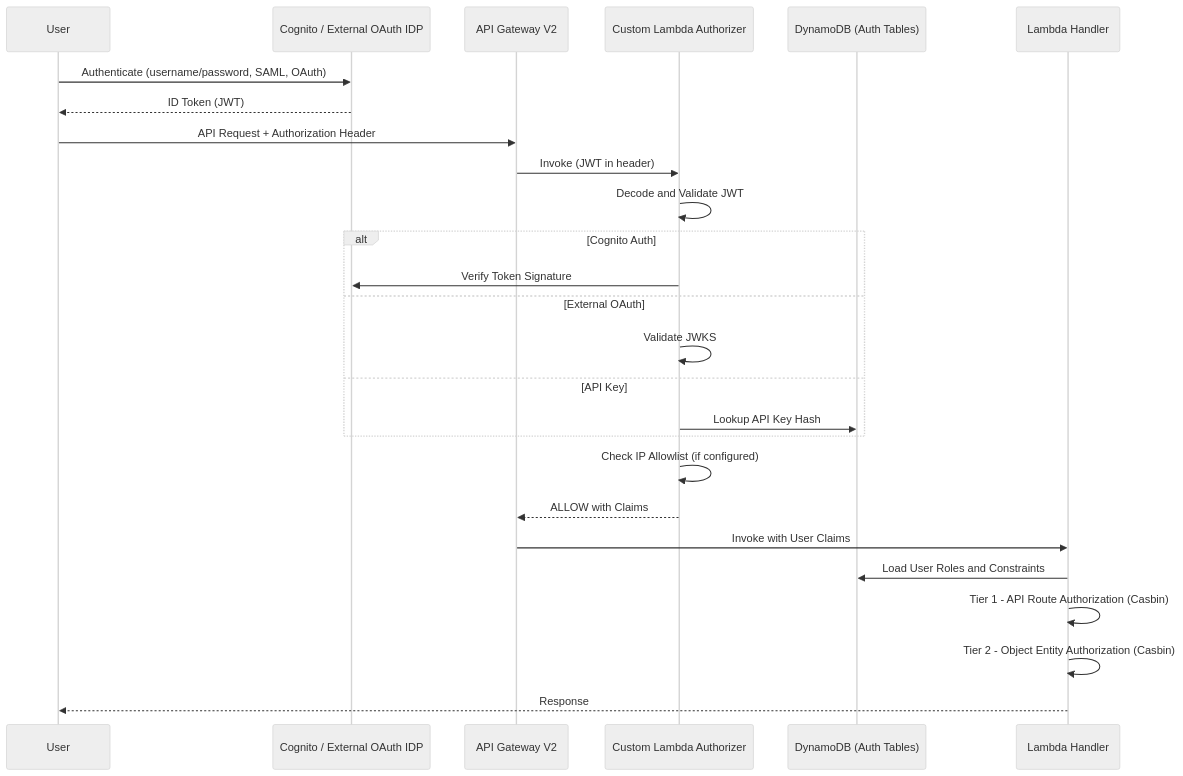
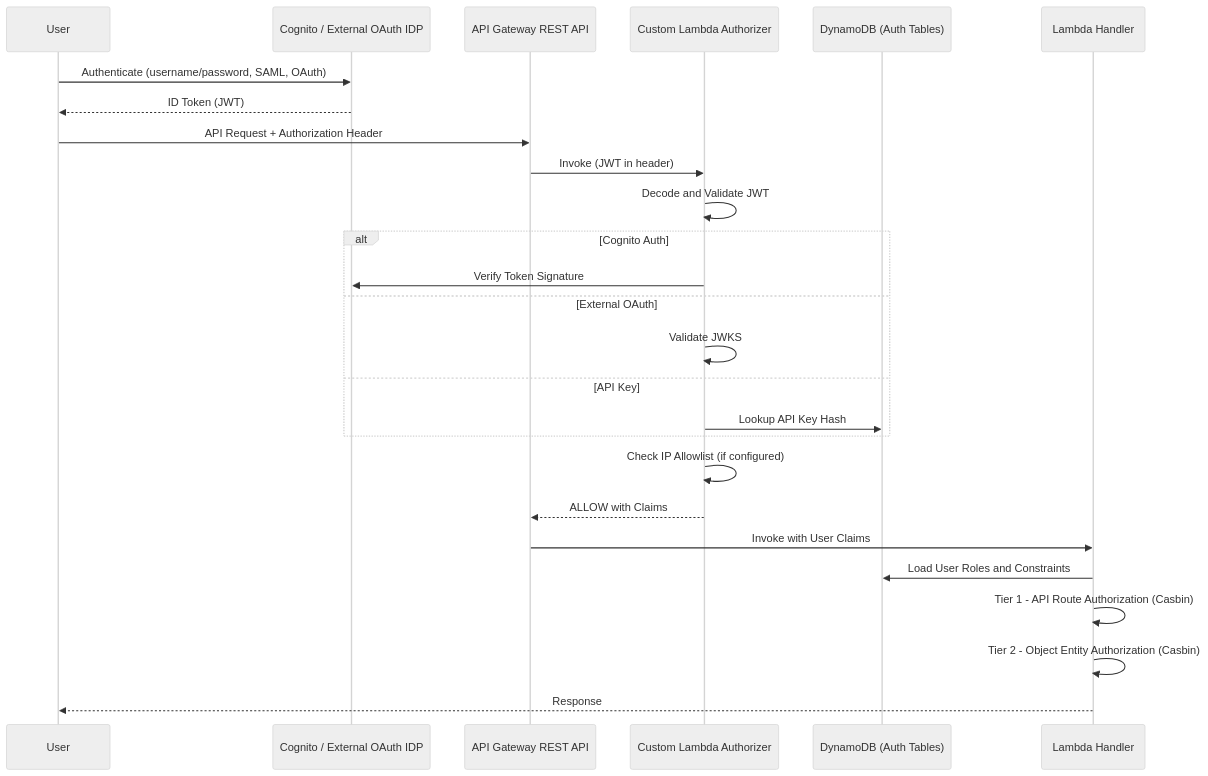
Before and after one commit to awslabs/visual-asset-management-system: the first of 6 diagrams in documentation/docusaurus-site/docs/architecture/details.md, drawn with Mermaid (neutral theme). The commit also changed other lines of this file and 2239 other files, not shown here.

````diff
--- a/documentation/docusaurus-site/docs/architecture/details.md
+++ b/documentation/docusaurus-site/docs/architecture/details.md
@@ -9,29 +9,29 @@
 ```mermaid
 sequenceDiagram
     participant User
     participant IDP as Cognito / External OAuth IDP
-    participant APIGW as API Gateway V2
+    participant APIGW as API Gateway REST API
     participant Authorizer as Custom Lambda Authorizer
     participant DDB as DynamoDB (Auth Tables)
     participant Handler as Lambda Handler
 
     User->>IDP: Authenticate (username/password, SAML, OAuth)
     IDP-->>User: ID Token (JWT)
     User->>APIGW: API Request + Authorization Header
     APIGW->>Authorizer: Invoke (JWT in header)
     Authorizer->>Authorizer: Decode and Validate JWT
     alt Cognito Auth
         Authorizer->>IDP: Verify Token Signature
     else External OAuth
         Authorizer->>Authorizer: Validate JWKS
     else API Key
         Authorizer->>DDB: Lookup API Key Hash
     end
     Authorizer->>Authorizer: Check IP Allowlist (if configured)
     Authorizer-->>APIGW: ALLOW with Claims
     APIGW->>Handler: Invoke with User Claims
     Handler->>DDB: Load User Roles and Constraints
     Handler->>Handler: Tier 1 - API Route Authorization (Casbin)
     Handler->>Handler: Tier 2 - Object Entity Authorization (Casbin)
     Handler-->>User: Response
 ```
````
